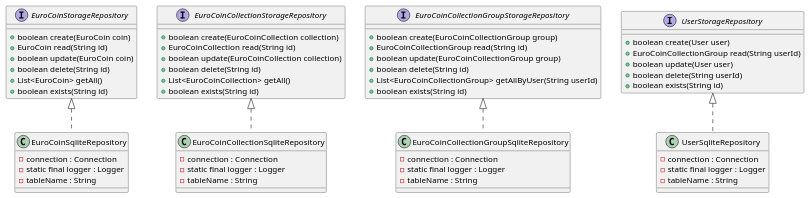
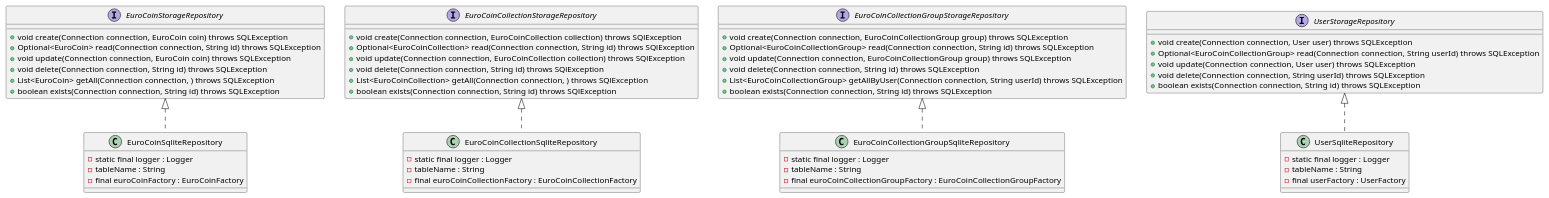
One commit to lstramke/coincollector changed the diagram in docs/CodeStructure/repositories/storageRepositoryLayer.puml. Above: the diagram before and after it, drawn with PlantUML. The commit also changed 4 other files, not shown here.

```diff
--- a/docs/CodeStructure/repositories/storageRepositoryLayer.puml
+++ b/docs/CodeStructure/repositories/storageRepositoryLayer.puml
@@ -1,68 +1,68 @@
-@startuml storageRepositoryLayer_v2
+@startuml storageRepositoryLayer_v3
 
 interface EuroCoinStorageRepository {
-    + boolean create(EuroCoin coin)
-    + EuroCoin read(String id)
-    + boolean update(EuroCoin coin)
-    + boolean delete(String id)
-    + List<EuroCoin> getAll()
-    + boolean exists(String id)
+    + void create(Connection connection, EuroCoin coin) throws SQLException
+    + Optional<EuroCoin> read(Connection connection, String id) throws SQLException
+    + void update(Connection connection, EuroCoin coin) throws SQLException
+    + void delete(Connection connection, String id) throws SQLException
+    + List<EuroCoin> getAll(Connection connection, ) throws SQLException
+    + boolean exists(Connection connection, String id) throws SQLException
 }
 
 interface EuroCoinCollectionStorageRepository {
-    + boolean create(EuroCoinCollection collection)
-    + EuroCoinCollection read(String id)
-    + boolean update(EuroCoinCollection collection)
-    + boolean delete(String id)
-    + List<EuroCoinCollection> getAll()
-    + boolean exists(String id)
+    + void create(Connection connection, EuroCoinCollection collection) throws SQlException
+    + Optional<EuroCoinCollection> read(Connection connection, String id) throws SQlException
+    + void update(Connection connection, EuroCoinCollection collection) throws SQlException
+    + void delete(Connection connection, String id) throws SQlException
+    + List<EuroCoinCollection> getAll(Connection connection, ) throws SQlException
+    + boolean exists(Connection connection, String id) throws SQlException
 }
 
 interface EuroCoinCollectionGroupStorageRepository {
-    + boolean create(EuroCoinCollectionGroup group)
-    + EuroCoinCollectionGroup read(String id)
-    + boolean update(EuroCoinCollectionGroup group)
-    + boolean delete(String id)
-    + List<EuroCoinCollectionGroup> getAllByUser(String userId)
-    + boolean exists(String id)
+    + void create(Connection connection, EuroCoinCollectionGroup group) throws SQLException
+    + Optional<EuroCoinCollectionGroup> read(Connection connection, String id) throws SQLException
+    + void update(Connection connection, EuroCoinCollectionGroup group) throws SQLException
+    + void delete(Connection connection, String id) throws SQLException
+    + List<EuroCoinCollectionGroup> getAllByUser(Connection connection, String userId) throws SQLException
+    + boolean exists(Connection connection, String id) throws SQLException
 }
 
 interface UserStorageRepository {
-    + boolean create(User user)
-    + EuroCoinCollectionGroup read(String userId)
-    + boolean update(User user)
-    + boolean delete(String userId)
-    + boolean exists(String id)
+    + void create(Connection connection, User user) throws SQLException
+    + Optional<EuroCoinCollectionGroup> read(Connection connection, String userId) throws SQLException
+    + void update(Connection connection, User user) throws SQLException
+    + void delete(Connection connection, String userId) throws SQLException
+    + boolean exists(Connection connection, String id) throws SQLException
 }
 
 
 class EuroCoinSqliteRepository {
-    - connection : Connection
     - static final logger : Logger
     - tableName : String
+    - final euroCoinFactory : EuroCoinFactory
 }
 
 class EuroCoinCollectionSqliteRepository {
-    - connection : Connection
     - static final logger : Logger
     - tableName : String
+    - final euroCoinCollectionFactory : EuroCoinCollectionFactory
 }
 
 class EuroCoinCollectionGroupSqliteRepository {
-    - connection : Connection
     - static final logger : Logger
     - tableName : String
+    - final euroCoinCollectionGroupFactory : EuroCoinCollectionGroupFactory
 }
 
 class UserSqliteRepository {
-    - connection : Connection
     - static final logger : Logger
     - tableName : String
+    - final userFactory : UserFactory
 }
 
 EuroCoinStorageRepository <|.. EuroCoinSqliteRepository
 EuroCoinCollectionStorageRepository <|.. EuroCoinCollectionSqliteRepository
 EuroCoinCollectionGroupStorageRepository <|.. EuroCoinCollectionGroupSqliteRepository
 UserStorageRepository <|.. UserSqliteRepository
 
 @enduml
```
